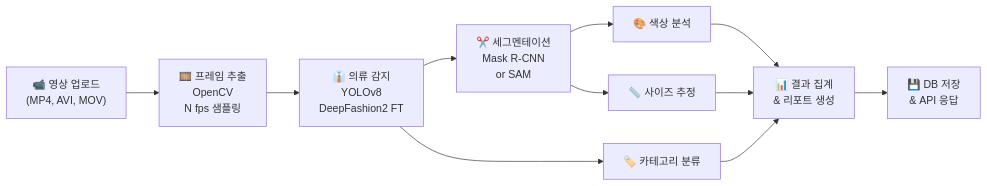
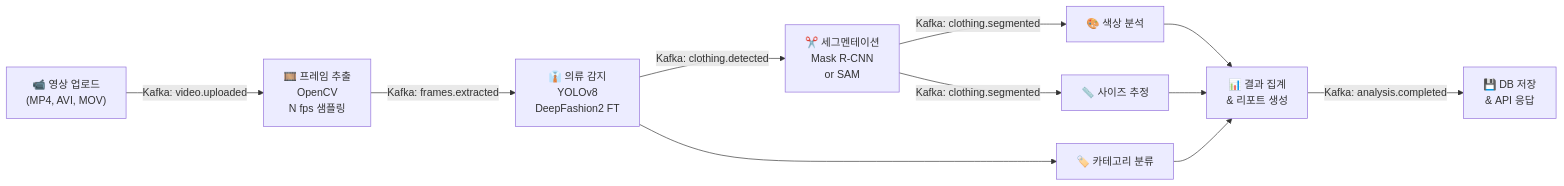
The fourth of 8 diagrams in README.md (OngGuny/fit_scan), drawn with Mermaid before and after one commit. The commit also changed other lines of this file, not shown here.

First line of the commit message:
Revise README for architecture and project details

````diff
--- a/README.md
+++ b/README.md
@@ -83,11 +211,11 @@
 ```mermaid
 flowchart LR
-    A["📹 영상 업로드\n(MP4, AVI, MOV)"] --> B["🎞️ 프레임 추출\nOpenCV\nN fps 샘플링"]
-    B --> C["👔 의류 감지\nYOLOv8\nDeepFashion2 FT"]
-    C --> D["✂️ 세그멘테이션\nMask R-CNN\nor SAM"]
-    D --> E["🎨 색상 분석"]
-    D --> F["📏 사이즈 추정"]
+    A["📹 영상 업로드\n(MP4, AVI, MOV)"] -->|Kafka: video.uploaded| B["🎞️ 프레임 추출\nOpenCV\nN fps 샘플링"]
+    B -->|Kafka: frames.extracted| C["👔 의류 감지\nYOLOv8\nDeepFashion2 FT"]
+    C -->|Kafka: clothing.detected| D["✂️ 세그멘테이션\nMask R-CNN\nor SAM"]
+    D -->|Kafka: clothing.segmented| E["🎨 색상 분석"]
+    D -->|Kafka: clothing.segmented| F["📏 사이즈 추정"]
     C --> G["🏷️ 카테고리 분류"]
     E & F & G --> H["📊 결과 집계\n& 리포트 생성"]
-    H --> I["💾 DB 저장\n& API 응답"]
+    H -->|Kafka: analysis.completed| I["💾 DB 저장\n& API 응답"]
 ```
````
